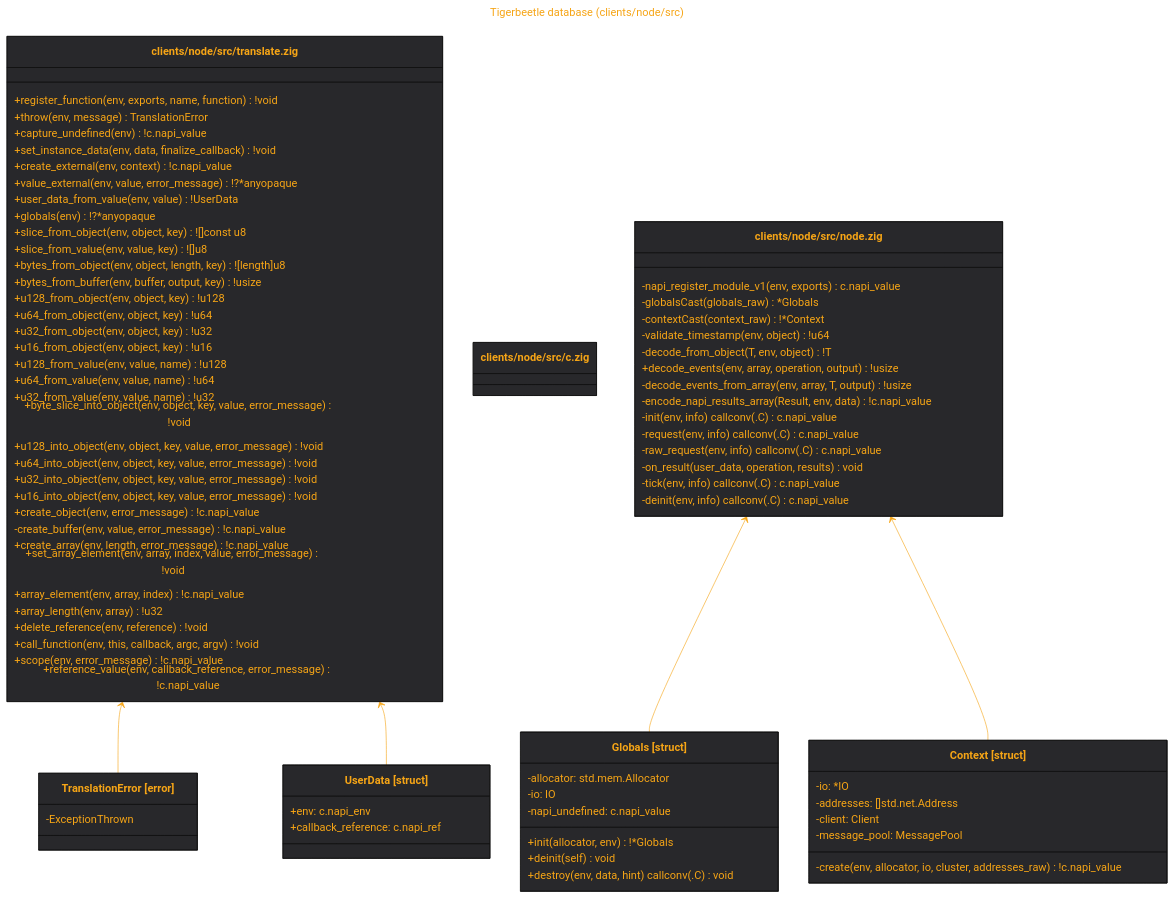
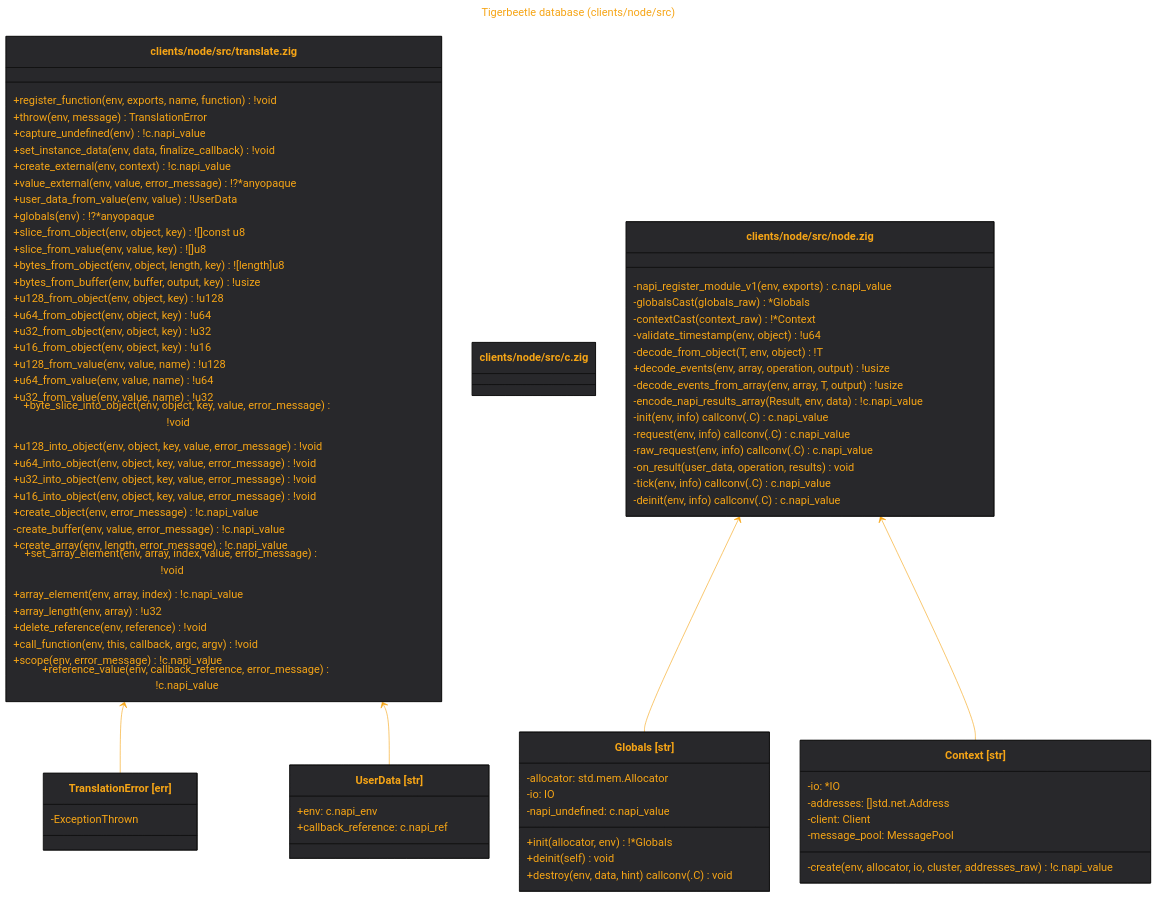
Before and after one commit to tensorush/meduza: the diagram in out/src.clients.node.src.md, drawn with Mermaid. The commit also changed 17 other files, not shown here.

```diff
--- a/out/src.clients.node.src.md
+++ b/out/src.clients.node.src.md
@@ -15,11 +15,11 @@
     }
 }%%
 classDiagram
-class TranslationError["TranslationError [error]"] {
+class TranslationError["TranslationError [err]"] {
     -ExceptionThrown
 }
 link TranslationError "https://github.com/tigerbeetle/tigerbeetle/blob/main/src/clients/node/src/translate.zig#L21"
-class UserData["UserData [struct]"] {
+class UserData["UserData [str]"] {
     +env: c.napi_env
     +callback_reference: c.napi_ref
 }
@@ -65,7 +65,7 @@
 link `clients/node/src/translate.zig` "https://github.com/tigerbeetle/tigerbeetle/blob/main/src/clients/node/src/translate.zig"
 class `clients/node/src/c.zig`
 link `clients/node/src/c.zig` "https://github.com/tigerbeetle/tigerbeetle/blob/main/src/clients/node/src/c.zig"
-class Globals["Globals [struct]"] {
+class Globals["Globals [str]"] {
     -allocator: std.mem.Allocator
     -io: IO
     -napi_undefined: c.napi_value
@@ -74,7 +74,7 @@
     +destroy(env, data, hint) callconv(.C) void
 }
 link Globals "https://github.com/tigerbeetle/tigerbeetle/blob/main/src/clients/node/src/node.zig#L70"
-class Context["Context [struct]"] {
+class Context["Context [str]"] {
     -io: *IO
     -addresses: []std.net.Address
     -client: Client
```
